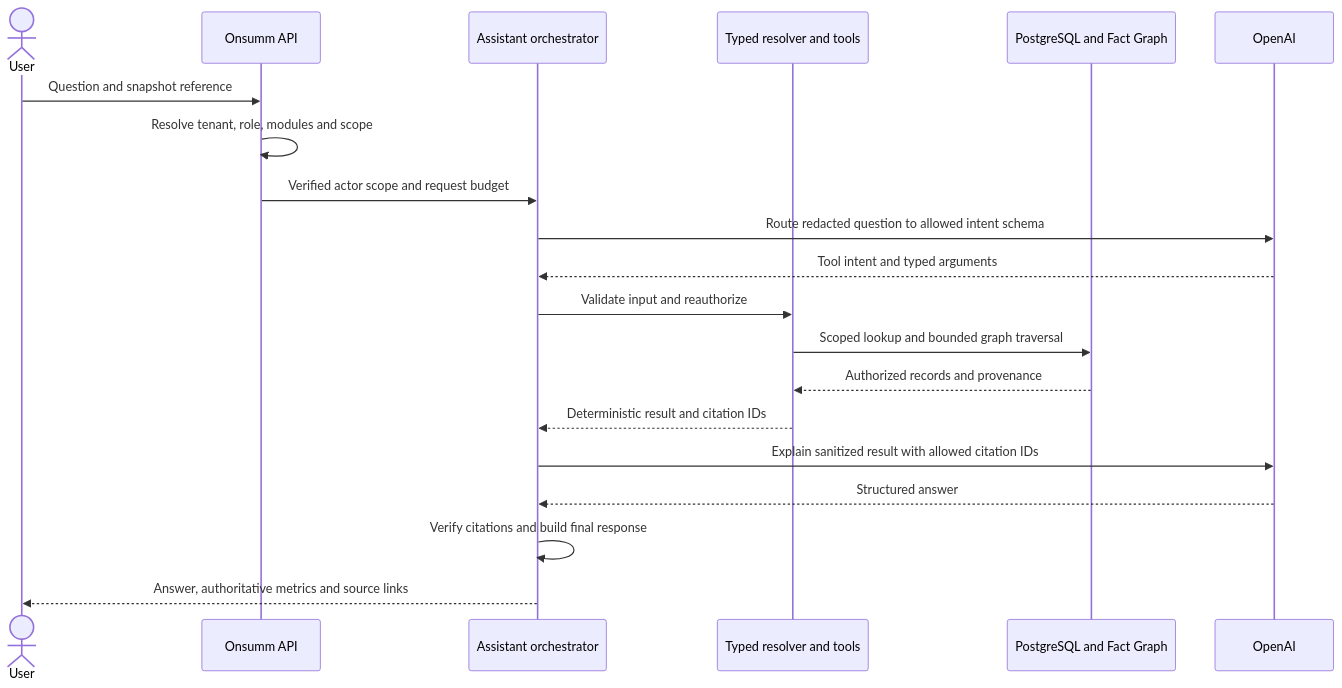
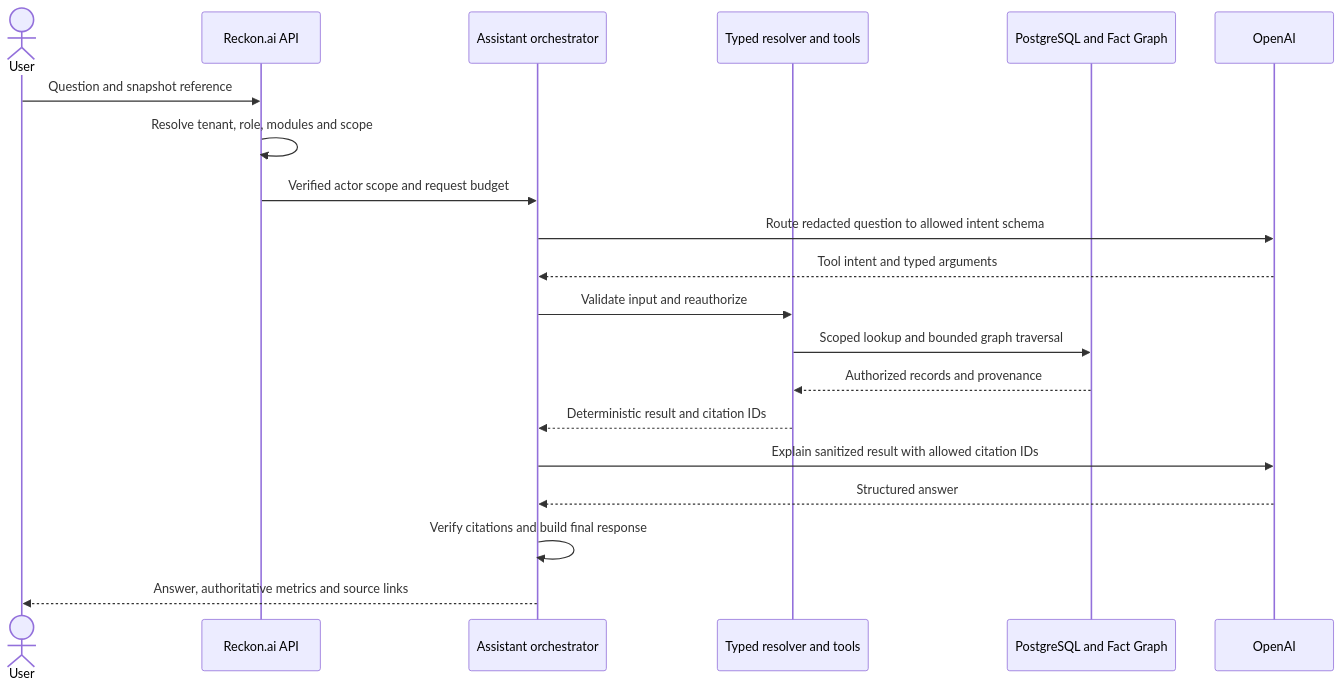
The diagram in docs/finance-desk/ASSISTANT_ARCHITECTURE.md (r-rishit27/equal_hackathon), drawn with Mermaid before and after one commit. The commit also changed other lines of this file and 107 other files, not shown here.

````diff
--- a/docs/finance-desk/ASSISTANT_ARCHITECTURE.md
+++ b/docs/finance-desk/ASSISTANT_ARCHITECTURE.md
@@ -16,22 +16,22 @@
 ```mermaid
 sequenceDiagram
     actor User
-    participant API as Onsumm API
+    participant API as Reckon.ai API
     participant Chat as Assistant orchestrator
     participant Tools as Typed resolver and tools
     participant DB as PostgreSQL and Fact Graph
     participant AI as OpenAI
     User->>API: Question and snapshot reference
     API->>API: Resolve tenant, role, modules and scope
     API->>Chat: Verified actor scope and request budget
     Chat->>AI: Route redacted question to allowed intent schema
     AI-->>Chat: Tool intent and typed arguments
     Chat->>Tools: Validate input and reauthorize
     Tools->>DB: Scoped lookup and bounded graph traversal
     DB-->>Tools: Authorized records and provenance
     Tools-->>Chat: Deterministic result and citation IDs
     Chat->>AI: Explain sanitized result with allowed citation IDs
     AI-->>Chat: Structured answer
     Chat->>Chat: Verify citations and build final response
     Chat-->>User: Answer, authoritative metrics and source links
 ```
````
